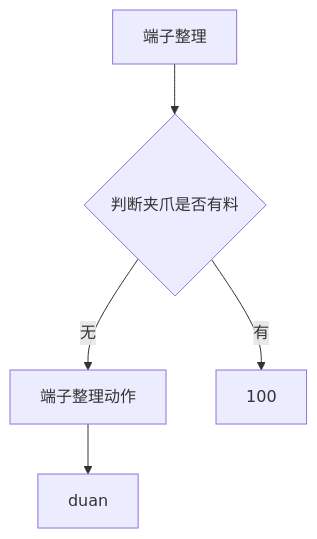
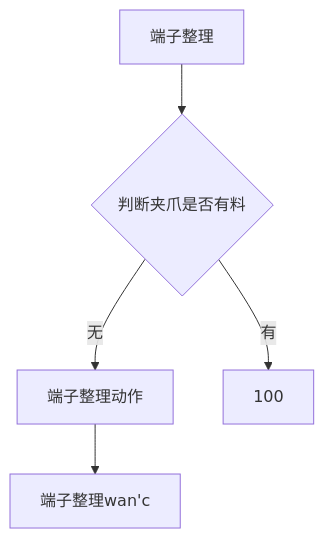
One commit to zmq000/iodraw-files changed the diagram in all/VR-OP90端子整理1.md. Above: the diagram before and after it, drawn with Mermaid.

Commit message:
2026-06-18 16:01:03 update

````diff
--- a/all/VR-OP90端子整理1.md
+++ b/all/VR-OP90端子整理1.md
@@ -1,8 +1,8 @@
 ```mermaid
 graph TD
 0[端子整理]-->10
 10{判断夹爪是否有料}-->|无|20
 10-->|有|100
 20[端子整理动作]-->30
-30[duan]
+30[端子整理wan'c]
 ```
````
